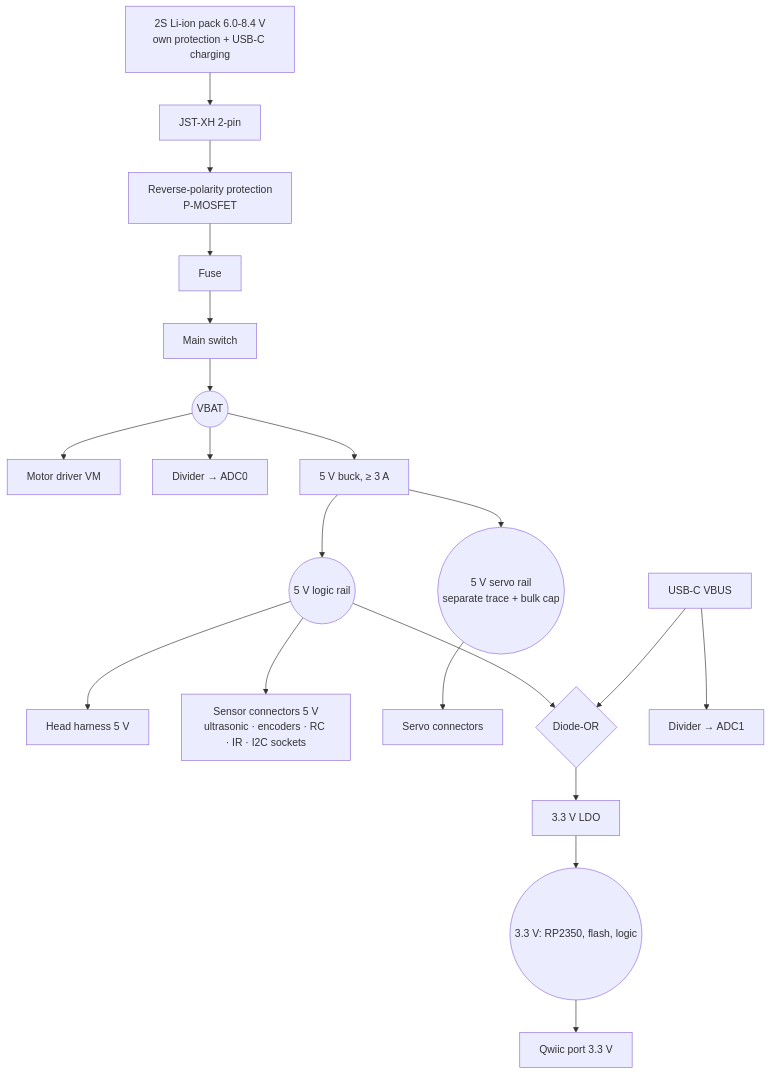
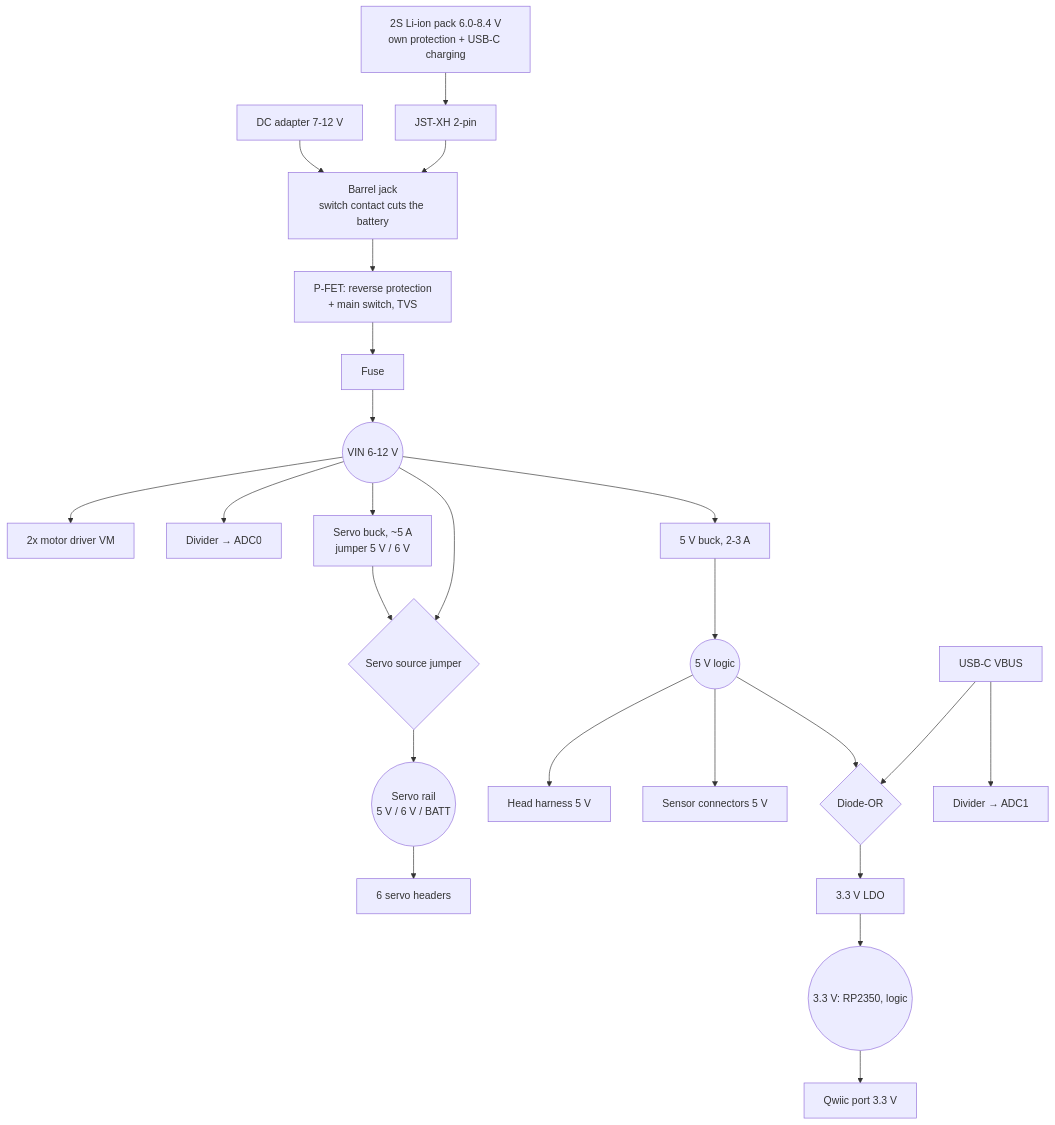
One commit to mannuray/conqueror changed the second of 2 diagrams in docs/superpowers/specs/2026-10-14-06-base-board-design.md. Above: the diagram before and after it, drawn with Mermaid. The commit also changed other lines of this file and 2 other files, not shown here.

Commit message:
docs(spec,lld): base board - switchable motor C/D or servo 3-6, servo buck with 5V/6V/BATT, barrel jack adapter input

````diff
--- a/docs/superpowers/specs/2026-10-14-06-base-board-design.md
+++ b/docs/superpowers/specs/2026-10-14-06-base-board-design.md
@@ -105,22 +115,26 @@
 ```mermaid
 flowchart TB
   PACK[2S Li-ion pack 6.0-8.4 V<br/>own protection + USB-C charging] --> CON[JST-XH 2-pin]
-  CON --> RP[Reverse-polarity protection<br/>P-MOSFET]
+  ADP[DC adapter 7-12 V] --> JACK[Barrel jack<br/>switch contact cuts the battery]
+  CON --> JACK
+  JACK --> RP[P-FET: reverse protection<br/>+ main switch, TVS]
   RP --> FUSE[Fuse]
-  FUSE --> SW[Main switch]
-  SW --> VBAT((VBAT))
-  VBAT --> MD[Motor driver VM]
-  VBAT --> DIV[Divider → ADC0]
-  VBAT --> BUCK[5 V buck, ≥ 3 A]
-  BUCK --> V5L((5 V logic rail))
-  BUCK --> V5S((5 V servo rail<br/>separate trace + bulk cap))
+  FUSE --> VIN((VIN 6-12 V))
+  VIN --> MD[2x motor driver VM]
+  VIN --> DIV[Divider → ADC0]
+  VIN --> BUCK5[5 V buck, 2-3 A]
+  VIN --> SBUCK[Servo buck, ~5 A<br/>jumper 5 V / 6 V]
+  BUCK5 --> V5L((5 V logic))
+  SBUCK --> SJ{Servo source jumper}
+  VIN --> SJ
+  SJ --> V5S((Servo rail<br/>5 V / 6 V / BATT))
   V5L --> HEADV[Head harness 5 V]
-  V5L --> SENS5[Sensor connectors 5 V<br/>ultrasonic · encoders · RC · IR · I2C sockets]
-  V5S --> SERVOS[Servo connectors]
+  V5L --> SENS5[Sensor connectors 5 V]
+  V5S --> SERVOS[6 servo headers]
   V5L --> OR{Diode-OR}
   USB[USB-C VBUS] --> OR
   OR --> LDO[3.3 V LDO]
-  LDO --> V33((3.3 V: RP2350, flash, logic))
+  LDO --> V33((3.3 V: RP2350, logic))
   V33 --> QW[Qwiic port 3.3 V]
   USB --> VDIV[Divider → ADC1]
 ```
````
